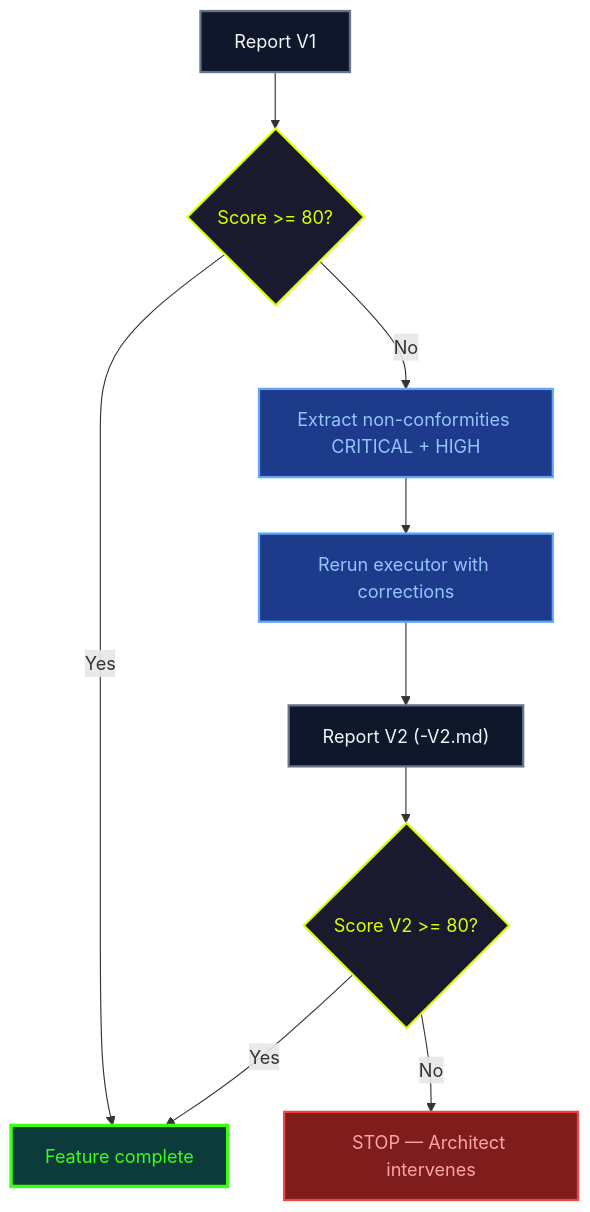
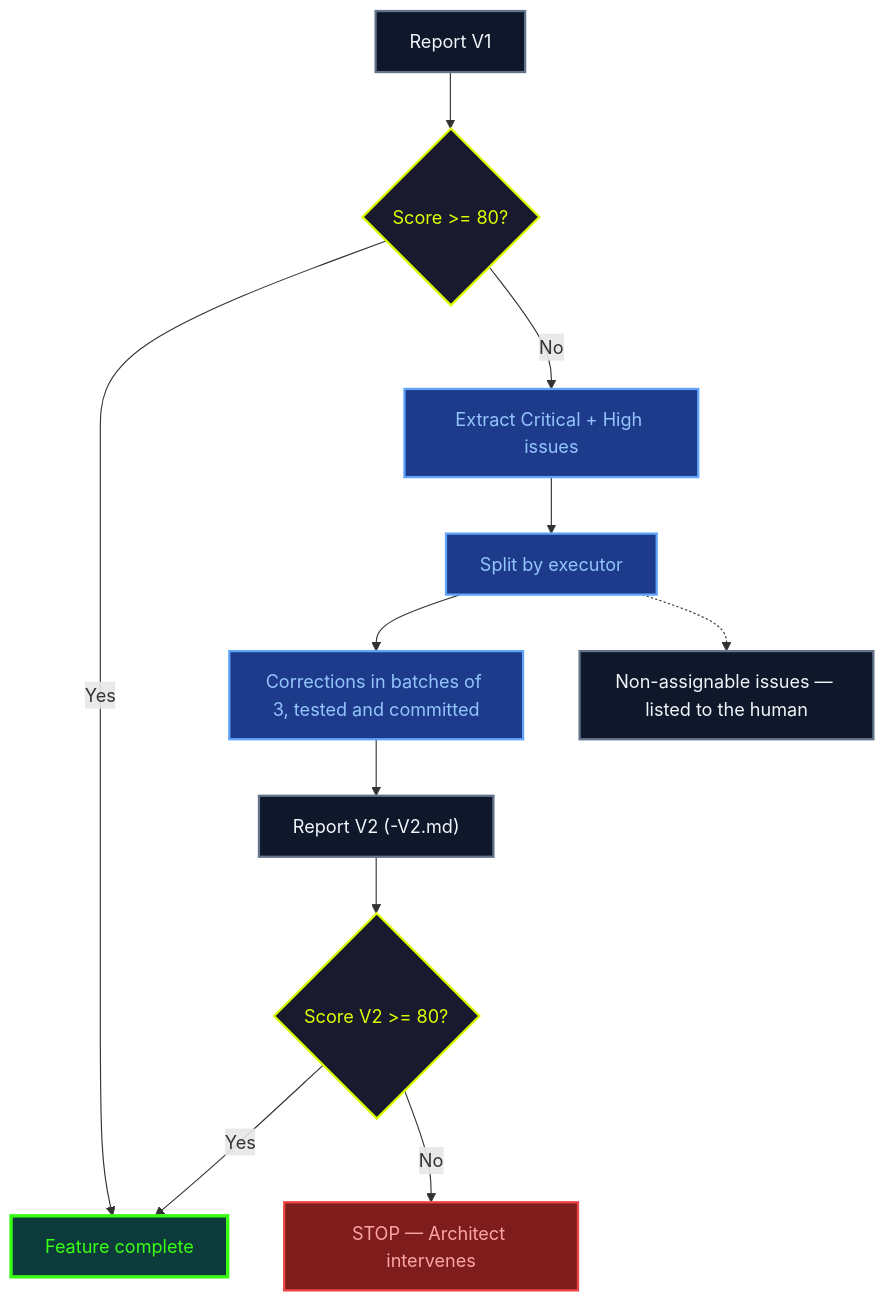
Before and after one commit to fondative/claude-code-ecosystem: diagram 13 of 15 in docs/en/guide/methodology.md, drawn with Mermaid. The commit also changed other lines of this file and 395 other files, not shown here.

````diff
--- a/docs/en/guide/methodology.md
+++ b/docs/en/guide/methodology.md
@@ -557,32 +705,36 @@
 ```mermaid
 graph TB
     R["Report V1"]
     CHECK{"Score >= 80?"}
     OK["Feature complete"]
-    FIX["Extract non-conformities CRITICAL + HIGH"]
-    EXEC["Rerun executor with corrections"]
+    FIX["Extract Critical + High issues"]
+    SPLIT["Split by executor"]
+    HUM["Non-assignable issues — listed to the human"]
+    EXEC["Corrections in batches of 3, tested and committed"]
     R2["Report V2 (-V2.md)"]
     CHECK2{"Score V2 >= 80?"}
     STOP["STOP — Architect intervenes"]
 
     R --> CHECK
     CHECK -->|Yes| OK
     CHECK -->|No| FIX
-    FIX --> EXEC
+    FIX --> SPLIT
+    SPLIT --> EXEC
+    SPLIT -.-> HUM
     EXEC --> R2
     R2 --> CHECK2
     CHECK2 -->|Yes| OK
     CHECK2 -->|No| STOP
 
     classDef input fill:#0f172a,stroke:#64748b,stroke-width:2px,color:#f1f5f9
     classDef check fill:#1a1a2e,stroke:#ddff00,stroke-width:2px,color:#ddff00
     classDef ok fill:#0d3b3b,stroke:#39ff14,stroke-width:3px,color:#39ff14
     classDef fix fill:#1e3a8a,stroke:#60a5fa,stroke-width:2px,color:#93c5fd
     classDef stop fill:#7f1d1d,stroke:#ef4444,stroke-width:2px,color:#fca5a5
 
-    class R,R2 input
+    class R,R2,HUM input
     class CHECK,CHECK2 check
     class OK ok
-    class FIX,EXEC fix
+    class FIX,SPLIT,EXEC fix
     class STOP stop
 ```
````
